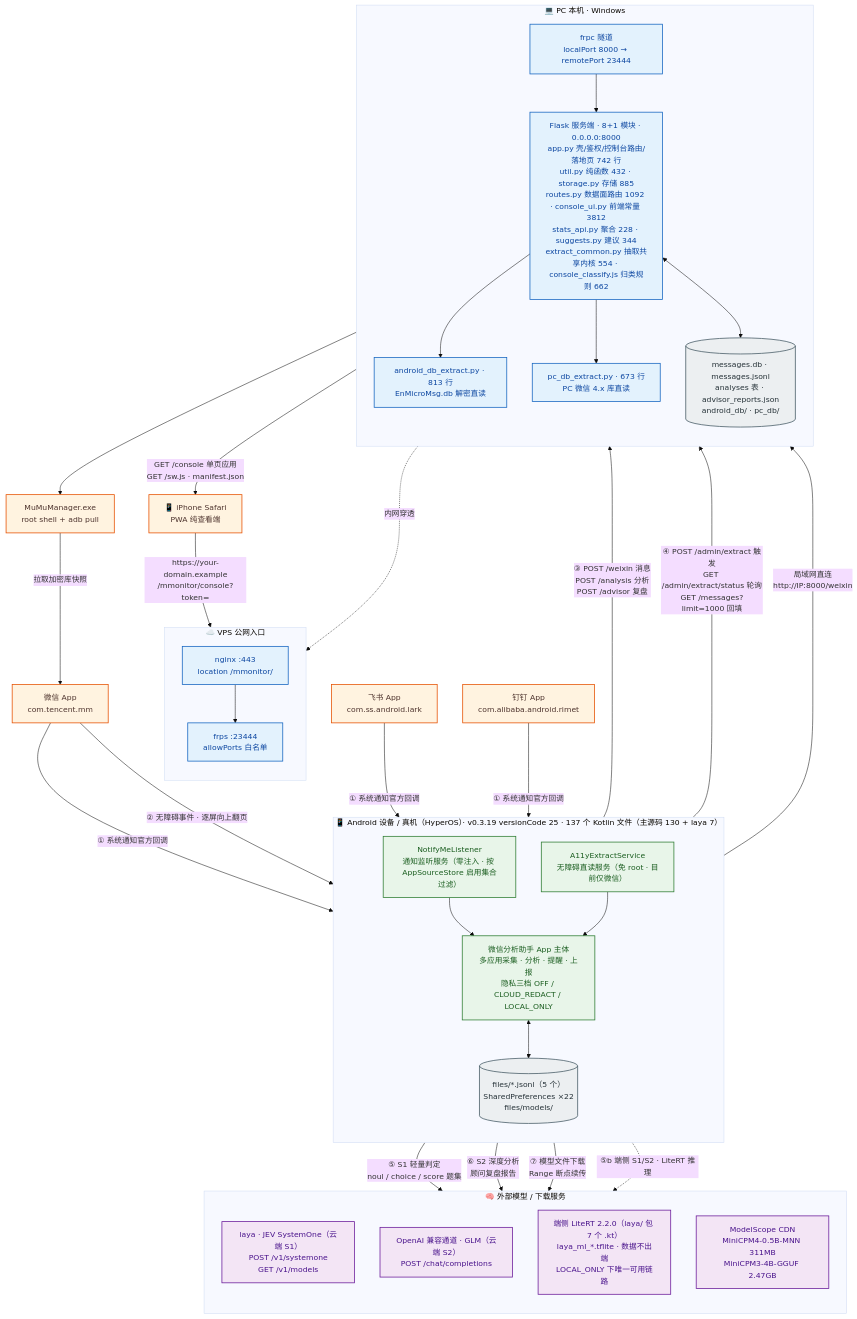
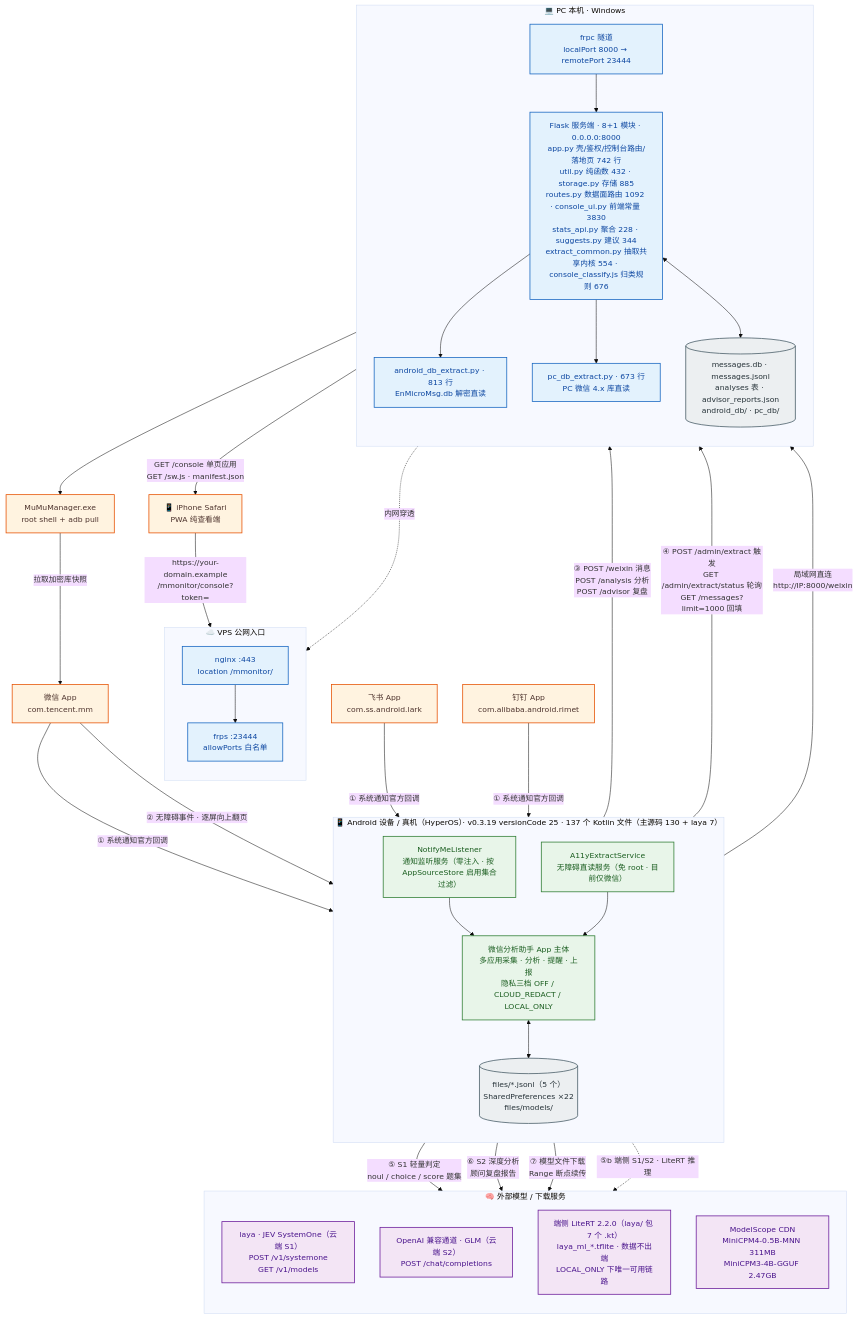
The diagram in docs/architecture/diagrams/01-system-context.mmd (solidjoker/notifyme), drawn with Mermaid before and after one commit. The commit also changed 14 other files, not shown here.

```diff
--- a/docs/architecture/diagrams/01-system-context.mmd
+++ b/docs/architecture/diagrams/01-system-context.mmd
@@ -1,70 +1,70 @@
 %%{init: {'theme':'base','themeVariables':{'fontSize':'15px','fontFamily':'Microsoft YaHei, PingFang SC, sans-serif'},'flowchart':{'htmlLabels':true,'curve':'basis'}}}%%
 flowchart TB
     classDef ext  fill:#fff3e0,stroke:#e65100,stroke-width:1.5px,color:#4e342e
     classDef app  fill:#e8f5e9,stroke:#2e7d32,stroke-width:1.5px,color:#1b5e20
     classDef srv  fill:#e3f2fd,stroke:#1565c0,stroke-width:1.5px,color:#0d47a1
     classDef llm  fill:#f3e5f5,stroke:#6a1b9a,stroke-width:1.5px,color:#4a148c
     classDef store fill:#eceff1,stroke:#455a64,stroke-width:1.5px,color:#263238
 
     WX["微信 App<br/>com.tencent.mm"]:::ext
     FS["飞书 App<br/>com.ss.android.lark"]:::ext
     DT["钉钉 App<br/>com.alibaba.android.rimet"]:::ext
 
     subgraph DEV["📱 Android 设备 / 真机（HyperOS）· v0.3.19 versionCode 25 · 137 个 Kotlin 文件（主源码 130 + laya 7）"]
         direction TB
         NL["NotifyMeListener<br/>通知监听服务（零注入 · 按 AppSourceStore 启用集合过滤）"]:::app
         A11Y["A11yExtractService<br/>无障碍直读服务（免 root · 目前仅微信）"]:::app
         CORE["微信分析助手 App 主体<br/>多应用采集 · 分析 · 提醒 · 上报<br/>隐私三档 OFF / CLOUD_REDACT / LOCAL_ONLY"]:::app
         STORE[("files/*.jsonl（5 个）<br/>SharedPreferences ×22<br/>files/models/")]:::store
         NL --> CORE
         A11Y --> CORE
         CORE <--> STORE
     end
 
     subgraph HOST["💻 PC 本机 · Windows"]
         direction TB
-        FLASK["Flask 服务端 · 8+1 模块 · 0.0.0.0:8000<br/>app.py 壳/鉴权/控制台路由/落地页 742 行<br/>util.py 纯函数 432 · storage.py 存储 885<br/>routes.py 数据面路由 1092 · console_ui.py 前端常量 3812<br/>stats_api.py 聚合 228 · suggests.py 建议 344<br/>extract_common.py 抽取共享内核 554 · console_classify.js 归类规则 662"]:::srv
+        FLASK["Flask 服务端 · 8+1 模块 · 0.0.0.0:8000<br/>app.py 壳/鉴权/控制台路由/落地页 742 行<br/>util.py 纯函数 432 · storage.py 存储 885<br/>routes.py 数据面路由 1092 · console_ui.py 前端常量 3830<br/>stats_api.py 聚合 228 · suggests.py 建议 344<br/>extract_common.py 抽取共享内核 554 · console_classify.js 归类规则 676"]:::srv
         ADBEX["android_db_extract.py · 813 行<br/>EnMicroMsg.db 解密直读"]:::srv
         PCEX["pc_db_extract.py · 673 行<br/>PC 微信 4.x 库直读"]:::srv
         DB[("messages.db · messages.jsonl<br/>analyses 表 · advisor_reports.json<br/>android_db/ · pc_db/")]:::store
         FRPC["frpc 隧道<br/>localPort 8000 → remotePort 23444"]:::srv
         FLASK --> ADBEX
         FLASK --> PCEX
         FLASK <--> DB
         FRPC --> FLASK
     end
 
     subgraph VPS["☁️ VPS 公网入口"]
         direction TB
         NGINX["nginx :443<br/>location /mmonitor/"]:::srv
         FRPS["frps :23444<br/>allowPorts 白名单"]:::srv
         NGINX --> FRPS
     end
 
     subgraph AI["🧠 外部模型 / 下载服务"]
         direction TB
         LAYA["laya · JEV SystemOne（云端 S1）<br/>POST /v1/systemone<br/>GET /v1/models"]:::llm
         GLM["OpenAI 兼容通道 · GLM（云端 S2）<br/>POST /chat/completions"]:::llm
         LITE["端侧 LiteRT 2.2.0（laya/ 包 7 个 .kt）<br/>laya_ml_*.tflite · 数据不出端<br/>LOCAL_ONLY 下唯一可用链路"]:::llm
         MS["ModelScope CDN<br/>MiniCPM4-0.5B-MNN 311MB<br/>MiniCPM3-4B-GGUF 2.47GB"]:::llm
     end
 
     MUMU["MuMuManager.exe<br/>root shell + adb pull"]:::ext
     IPHONE["📱 iPhone Safari<br/>PWA 纯查看端"]:::ext
 
     WX -->|"① 系统通知官方回调"| NL
     FS -->|"① 系统通知官方回调"| NL
     DT -->|"① 系统通知官方回调"| NL
     WX -->|"② 无障碍事件 · 逐屏向上翻页"| A11Y
     CORE -->|"③ POST /weixin 消息<br/>POST /analysis 分析<br/>POST /advisor 复盘"| FLASK
     CORE -->|"④ POST /admin/extract 触发<br/>GET /admin/extract/status 轮询<br/>GET /messages?limit=1000 回填"| FLASK
     CORE -->|"⑤ S1 轻量判定<br/>noul / choice / score 题集"| LAYA
     CORE -->|"⑥ S2 深度分析<br/>顾问复盘报告"| GLM
     CORE -->|"⑦ 模型文件下载<br/>Range 断点续传"| MS
     CORE -.->|"⑤b 端侧 S1/S2 · LiteRT 推理"| LITE
     ADBEX --> MUMU
     MUMU -->|"拉取加密库快照"| WX
     CORE -->|"局域网直连<br/>http://IP:8000/weixin"| FLASK
     FRPC -.->|"内网穿透"| FRPS
     IPHONE -->|"https://your-domain.example<br/>/mmonitor/console?token="| NGINX
     FLASK -->|"GET /console 单页应用<br/>GET /sw.js · manifest.json"| IPHONE
```
